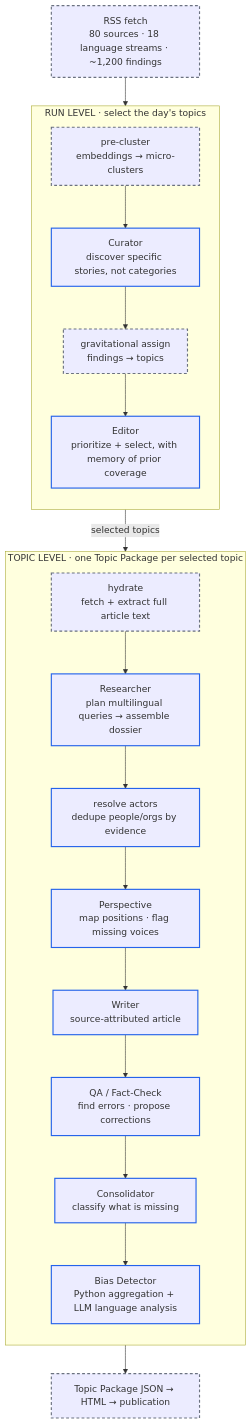
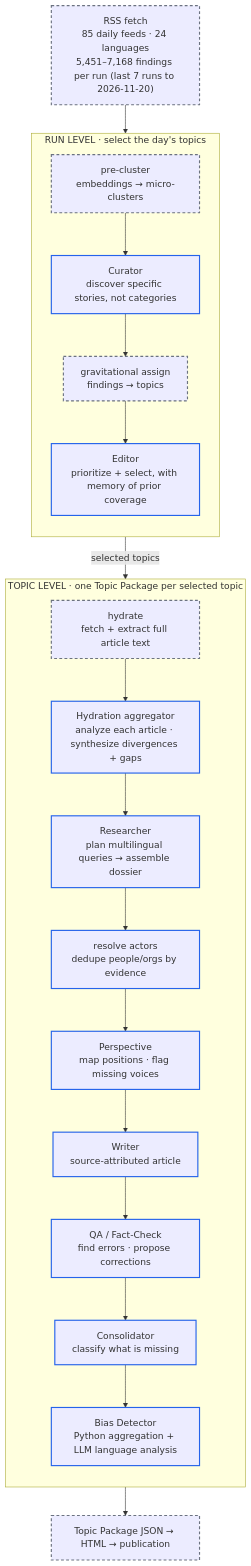
One commit to deniz-schwenk/independent-wire changed the diagram in README.md. Above: the diagram before and after it, drawn with Mermaid. The commit also changed other lines of this file and 3 other files, not shown here.

First line of the commit message:
docs: sync README + ROADMAP with source — 85 feeds / 24 languages, 14 agents in 12 stages on 5 open-weight models, measured run cost, honest provider list

````diff
--- a/README.md
+++ b/README.md
@@ -33,34 +33,35 @@
 ```mermaid
 flowchart TD
-    RSS["RSS fetch<br/>80 sources · 18 language streams · ~1,200 findings"]:::det
+    RSS["RSS fetch<br/>85 daily feeds · 24 languages<br/>5,451–7,168 findings per run (last 7 runs to 2026-11-20)"]:::det
     RSS --> RUN
 
     subgraph RUN["RUN LEVEL · select the day's topics"]
         direction TB
         PC["pre-cluster<br/>embeddings → micro-clusters"]:::det
         CUR["Curator<br/>discover specific stories, not categories"]:::llm
         GRAV["gravitational assign<br/>findings → topics"]:::det
         ED["Editor<br/>prioritize + select, with memory of prior coverage"]:::llm
         PC --> CUR --> GRAV --> ED
     end
 
     ED -->|"selected topics"| TOPIC
 
     subgraph TOPIC["TOPIC LEVEL · one Topic Package per selected topic"]
         direction TB
         HY["hydrate<br/>fetch + extract full article text"]:::det
+        AGG["Hydration aggregator<br/>analyze each article · synthesize divergences + gaps"]:::llm
         RES["Researcher<br/>plan multilingual queries → assemble dossier"]:::llm
         ACT["resolve actors<br/>dedupe people/orgs by evidence"]:::llm
         PER["Perspective<br/>map positions · flag missing voices"]:::llm
         WR["Writer<br/>source-attributed article"]:::llm
         QA["QA / Fact-Check<br/>find errors · propose corrections"]:::llm
         CON["Consolidator<br/>classify what is missing"]:::llm
         BIAS["Bias Detector<br/>Python aggregation + LLM language analysis"]:::llm
-        HY --> RES --> ACT --> PER --> WR --> QA --> CON --> BIAS
+        HY --> AGG --> RES --> ACT --> PER --> WR --> QA --> CON --> BIAS
     end
 
     BIAS --> OUT["Topic Package JSON → HTML → publication"]:::det
 
     classDef llm stroke:#2563eb,stroke-width:2px;
     classDef det stroke:#6b7280,stroke-width:2px,stroke-dasharray:5 4;
 ```
````
